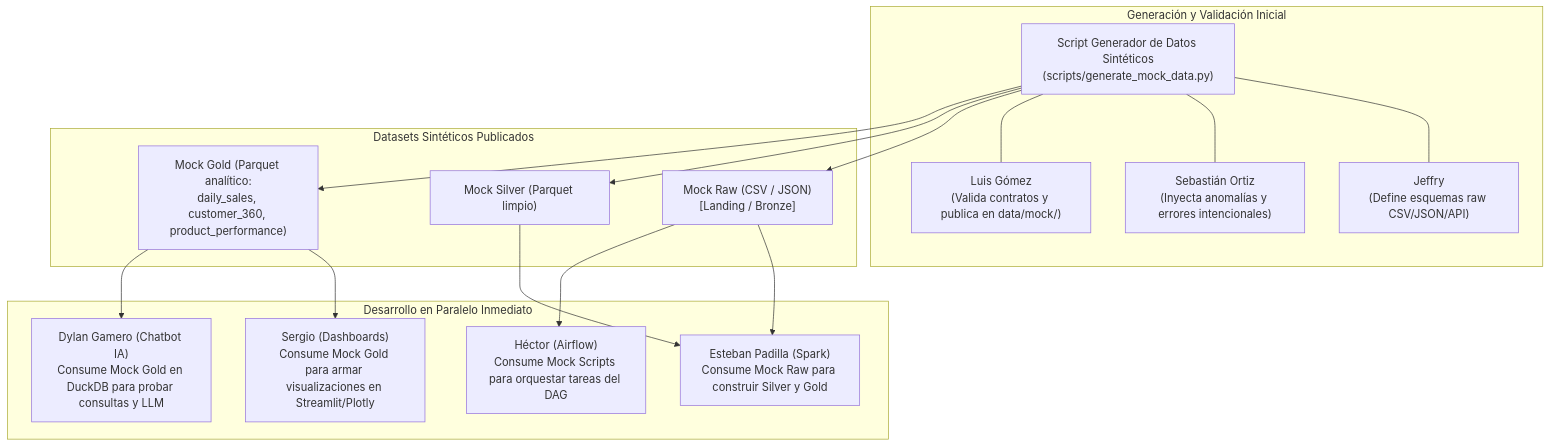
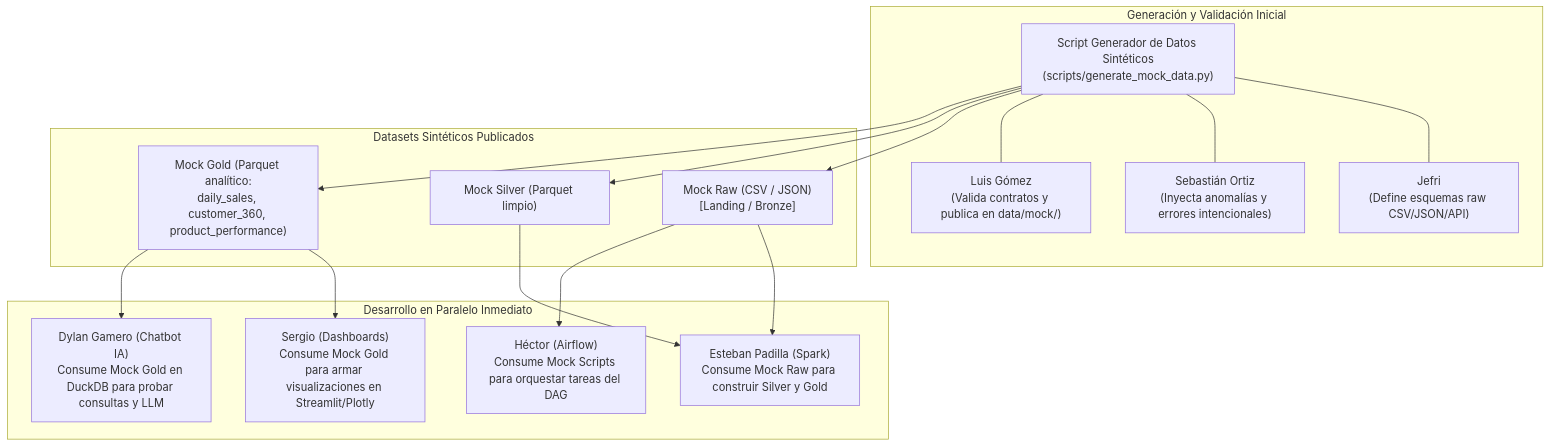
One commit to dypok/Pipeline-analitica changed the first of 3 diagrams in documentation/historias-de-usuario.md. Above: the diagram before and after it, drawn with Mermaid. The commit also changed other lines of this file, not shown here.

````diff
--- a/documentation/historias-de-usuario.md
+++ b/documentation/historias-de-usuario.md
@@ -15,35 +15,35 @@
 ```mermaid
 flowchart TD
     subgraph Generacion["Generación y Validación Inicial"]
         GEN["Script Generador de Datos Sintéticos\n(scripts/generate_mock_data.py)"]
-        JEFF["Jeffry\n(Define esquemas raw CSV/JSON/API)"]
+        JEFRI["Jefri\n(Define esquemas raw CSV/JSON/API)"]
         SEBAS["Sebastián Ortiz\n(Inyecta anomalías y errores intencionales)"]
         LUIS["Luis Gómez\n(Valida contratos y publica en data/mock/)"]
-        GEN --- JEFF
+        GEN --- JEFRI
         GEN --- SEBAS
         GEN --- LUIS
     end
 
     subgraph DatasetsGenerados["Datasets Sintéticos Publicados"]
         RAW_MOCK["Mock Raw (CSV / JSON)\n[Landing / Bronze]"]
         SILVER_MOCK["Mock Silver (Parquet limpio)"]
         GOLD_MOCK["Mock Gold (Parquet analítico:\ndaily_sales, customer_360, product_performance)"]
     end
 
     subgraph DesbloqueoInmediato["Desarrollo en Paralelo Inmediato"]
         EST["Esteban Padilla (Spark)\nConsume Mock Raw para construir Silver y Gold"]
         SERG["Sergio (Dashboards)\nConsume Mock Gold para armar visualizaciones en Streamlit/Plotly"]
         DYL["Dylan Gamero (Chatbot IA)\nConsume Mock Gold en DuckDB para probar consultas y LLM"]
         HECT["Héctor (Airflow)\nConsume Mock Scripts para orquestar tareas del DAG"]
     end
 
     GEN --> RAW_MOCK
     GEN --> SILVER_MOCK
     GEN --> GOLD_MOCK
 
     RAW_MOCK --> EST
     SILVER_MOCK --> EST
     GOLD_MOCK --> SERG
     GOLD_MOCK --> DYL
     RAW_MOCK --> HECT
 ```
````
